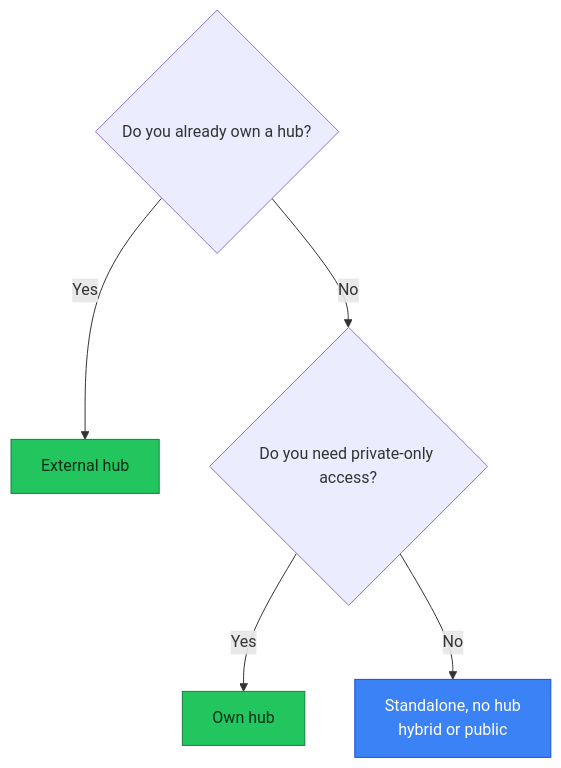
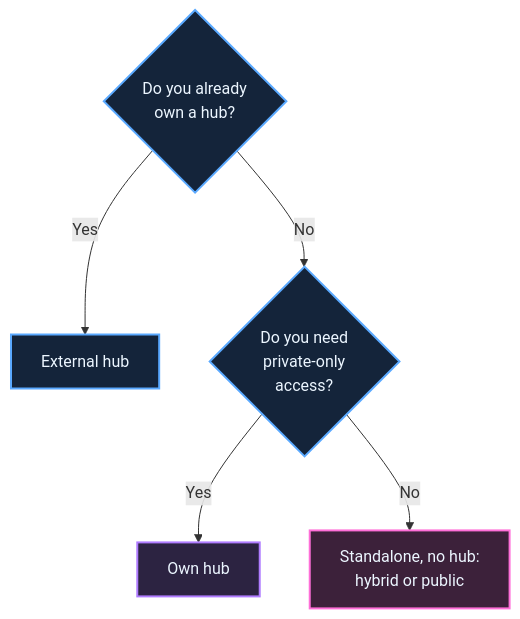
One commit to jostrm/azure-enterprise-scale-ml changed the diagram in documentation/v2/concepts/hub-and-network-modes.md. Above: the diagram before and after it, drawn with Mermaid. The commit also changed 13 other files, not shown here.

First line of the commit message:
docs: four ways to describe the Factory, Back links, onion-colored diagrams

````diff
--- a/documentation/v2/concepts/hub-and-network-modes.md
+++ b/documentation/v2/concepts/hub-and-network-modes.md
@@ -49,9 +49,11 @@
 ```mermaid
 flowchart TD
-  A{Do you already own a hub?} -- Yes --> E[External hub]:::good
-  A -- No --> B{Do you need private-only access?}
-  B -- Yes --> O[Own hub]:::good
-  B -- No --> S[Standalone, no hub<br/>hybrid or public]:::neutral
-  classDef good fill:#22c55e,stroke:#15803d,color:#052e16
-  classDef neutral fill:#3b82f6,stroke:#1d4ed8,color:#ffffff
+  A{Do you already<br/>own a hub?} -- Yes --> E[External hub]:::blue
+  A -- No --> B{Do you need<br/>private-only<br/>access?}
+  B -- Yes --> O[Own hub]:::purple
+  B -- No --> S[Standalone, no hub:<br/>hybrid or public]:::pink
+  classDef blue fill:#14243A,stroke:#5AA9FF,stroke-width:2px,color:#ECF6FF
+  classDef purple fill:#2C2341,stroke:#B07CFF,stroke-width:2px,color:#ECF6FF
+  classDef pink fill:#3C213A,stroke:#FF6FD8,stroke-width:2px,color:#ECF6FF
+  class A,B blue
 ```
````
